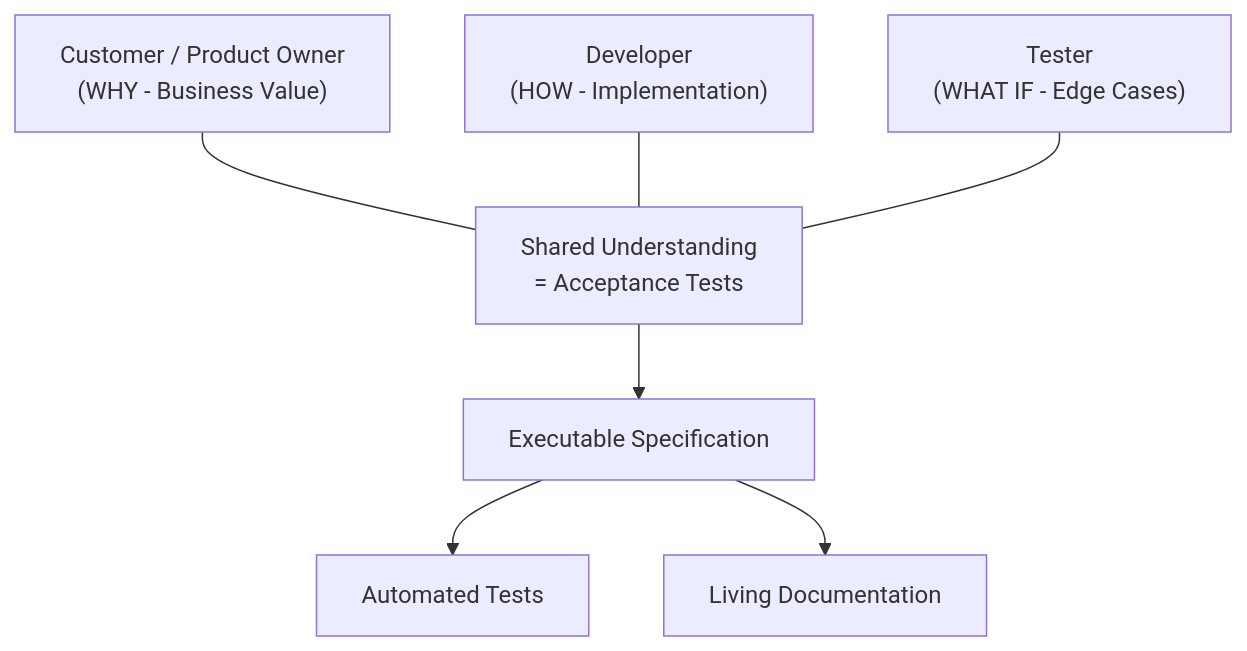
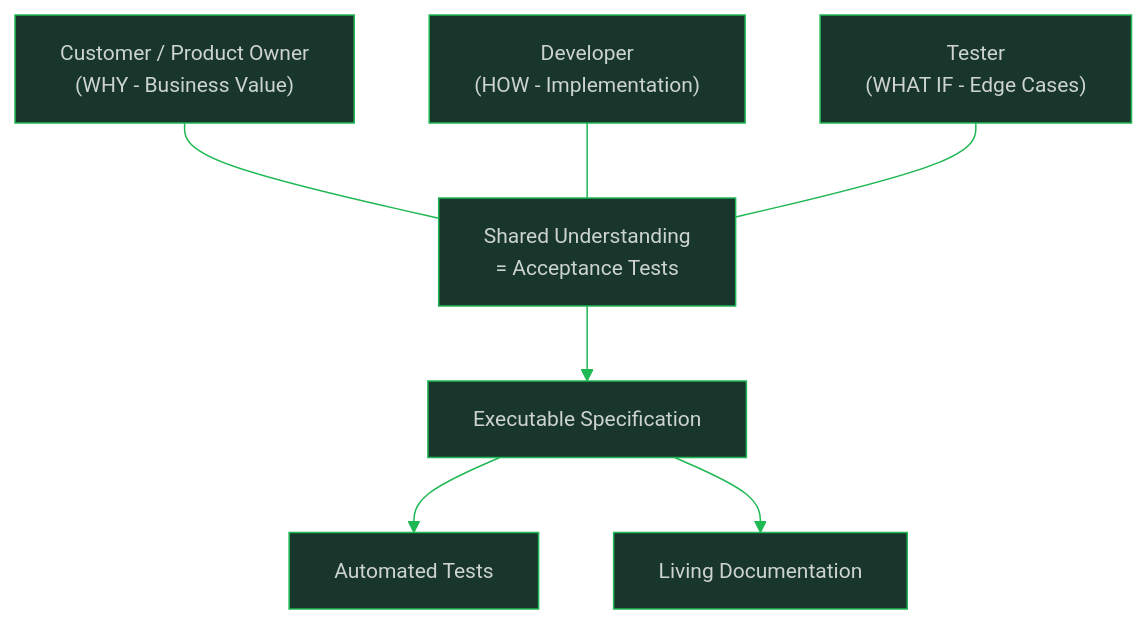
The second of 7 diagrams in software-engineering-note/01_Software_Requirements/13_ATDD_BDD_and_Acceptance.md (oat431/swe-knowledge), drawn with Mermaid before and after one commit. The commit also changed other lines of this file and 13 other files, not shown here.

````diff
--- a/software-engineering-note/01_Software_Requirements/13_ATDD_BDD_and_Acceptance.md
+++ b/software-engineering-note/01_Software_Requirements/13_ATDD_BDD_and_Acceptance.md
@@ -68,14 +69,15 @@
 ```mermaid
+%%{init: {'theme':'base','themeVariables':{'primaryColor':'#19362D','primaryTextColor':'#CDD3D1','primaryBorderColor':'#1FB854','lineColor':'#1FB854','secondaryColor':'#161212','tertiaryColor':'#1B1717','background':'#1B1717','mainBkg':'#19362D','nodeBorder':'#1FB854','clusterBkg':'#161212','clusterBorder':'#19362D','titleColor':'#1FB854','edgeLabelBackground':'#161212','fontSize':'14px'}}}%%
 graph TD
     A["Customer / Product Owner<br/>(WHY - Business Value)"] 
     B["Developer<br/>(HOW - Implementation)"]
     C["Tester<br/>(WHAT IF - Edge Cases)"]
     
     A --- D["Shared Understanding<br/>= Acceptance Tests"]
     B --- D
     C --- D
     
     D --> E["Executable Specification"]
     E --> F["Automated Tests"]
     E --> G["Living Documentation"]
 ```
````
